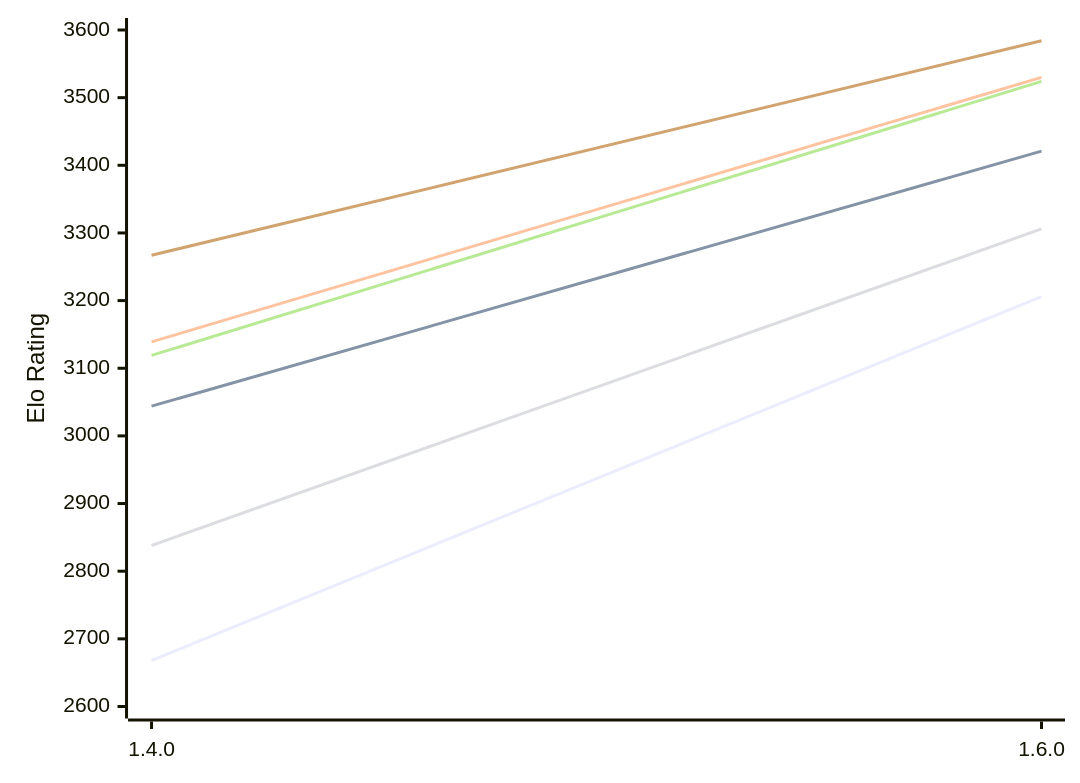
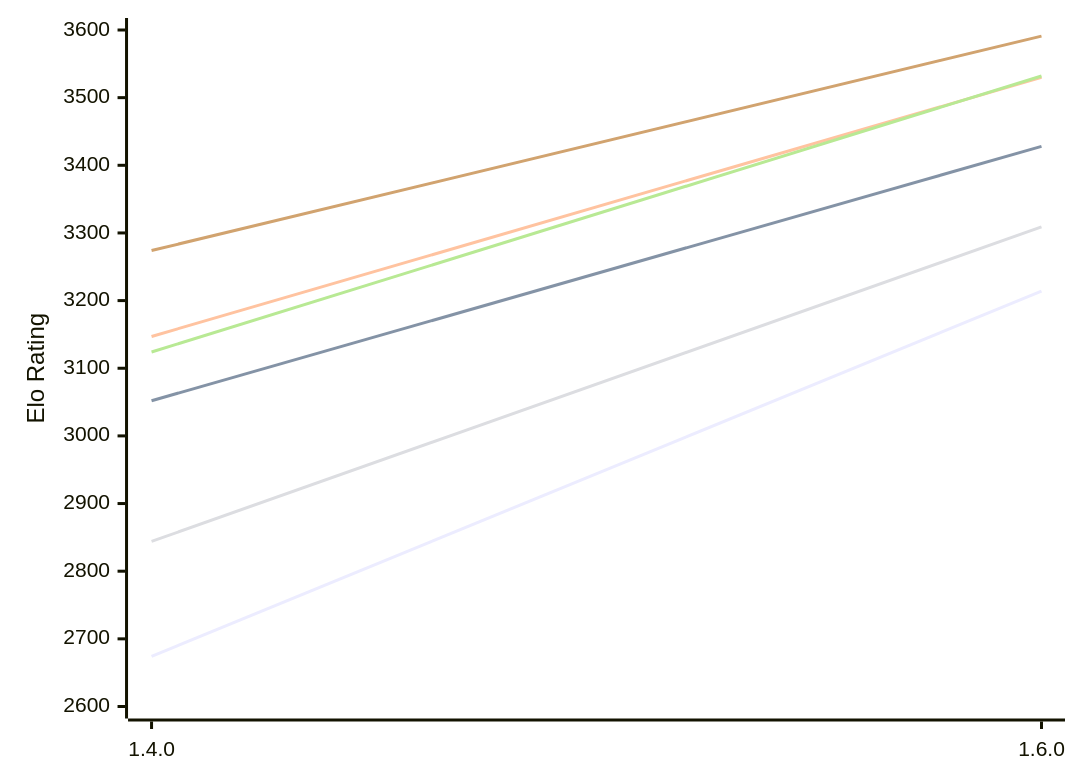
The first of 2 diagrams in engines/Gyatso.md (computer-chess-index/cci), drawn with Mermaid before and after one commit. The commit also changed other lines of this file, not shown here.

Commit message:
Update CCI Ratings (ELO VLTC) - 2026-11-03

````diff
--- a/engines/Gyatso.md
+++ b/engines/Gyatso.md
@@ -53,12 +53,12 @@
 ```mermaid
 %%{init: {"theme":"base","themeVariables":{"seriesColors:['#a3a3a3','#222221','#faa371']}}}%%
 xychart-beta
   x-axis ["1.4.0", "1.6.0"]
   y-axis "Elo Rating" 2600 --> 3600
-  line "E1: STC (8.0+0.08s)" [2668, 3206]
-  line "E1: LTC (60.0+0.60s)" [3044, 3421]
-  line "E1: VLTC (2m24s+1.12s)" [3139, 3530]
-  line "P1: STC (8.0+0.08s)" [2838, 3306]
-  line "P1: LTC (60.0+0.60s)" [3119, 3524]
-  line "P1: VLTC (2m24s+1.12s)" [3267, 3584]
+  line "E1: STC (8.0+0.08s)" [2674, 3214]
+  line "E1: LTC (60.0+0.60s)" [3052, 3428]
+  line "E1: VLTC (2m24s+1.12s)" [3147, 3530]
+  line "P1: STC (8.0+0.08s)" [2844, 3309]
+  line "P1: LTC (60.0+0.60s)" [3124, 3532]
+  line "P1: VLTC (2m24s+1.12s)" [3274, 3591]
 ```
````
